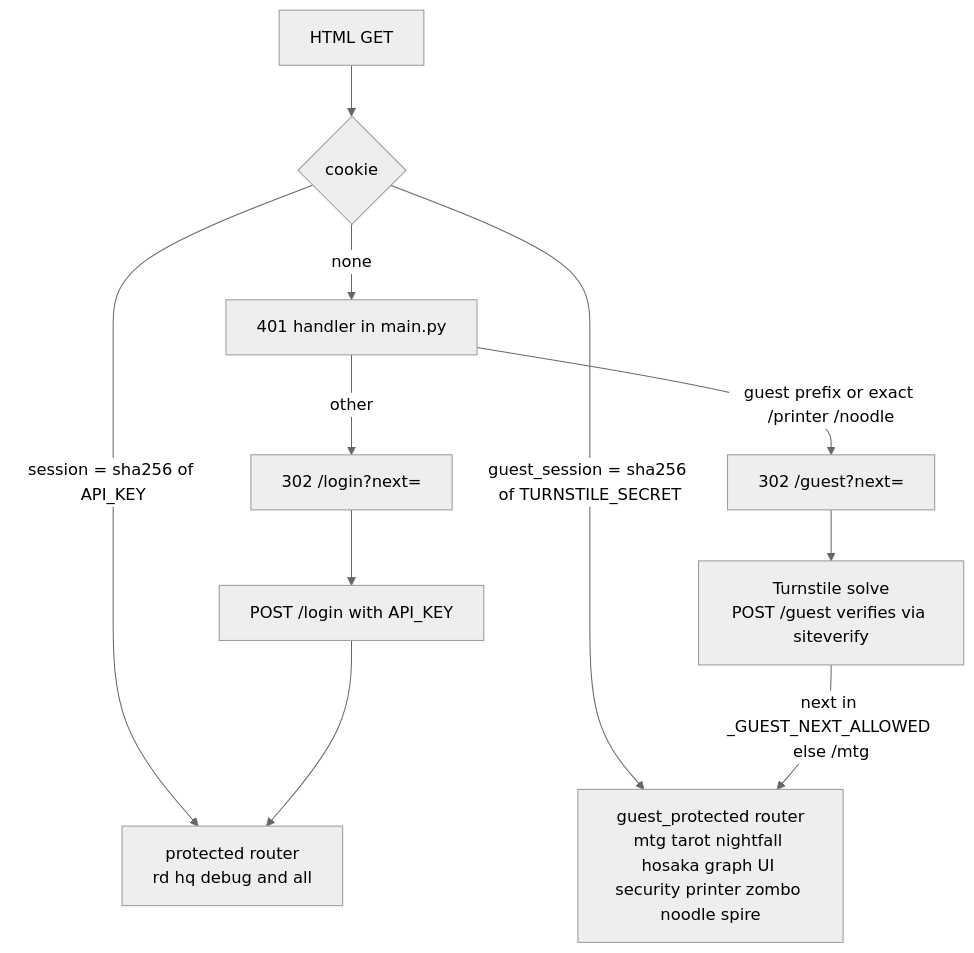
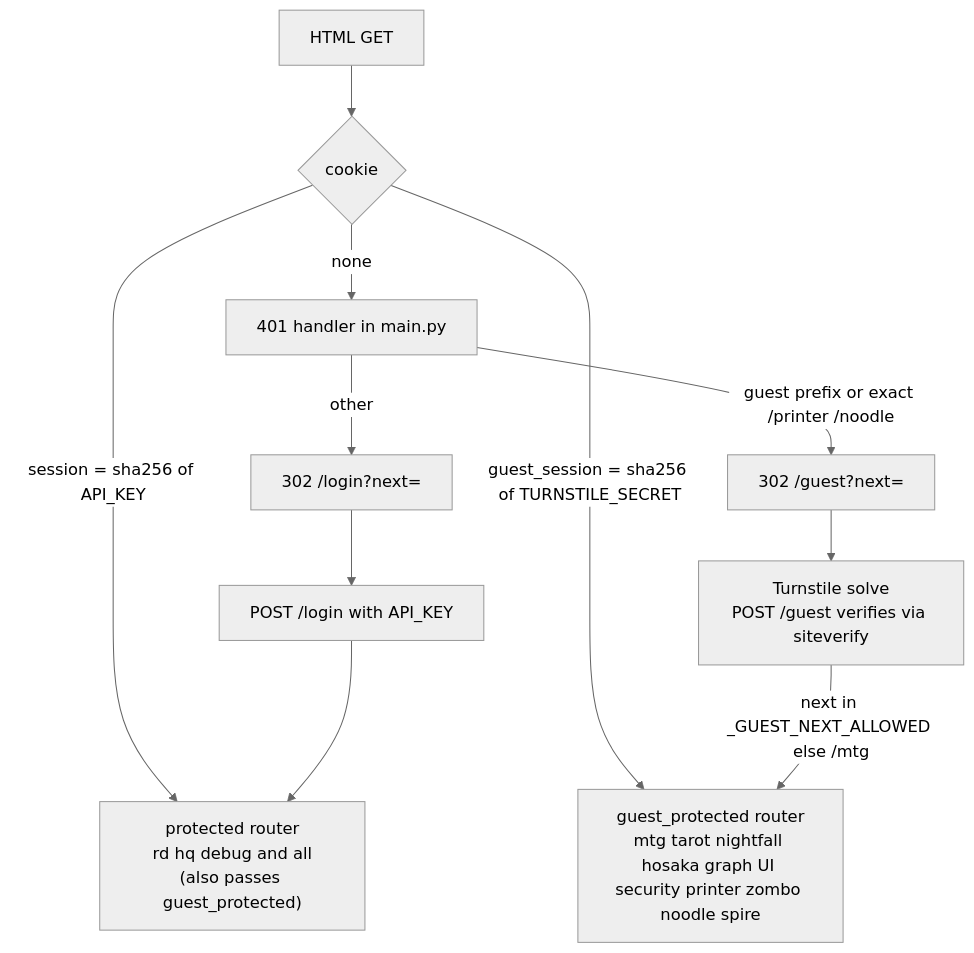
The diagram in docs/arch/20-auth-tiers.mmd (wai-lau/exec-fn), drawn with Mermaid (neutral theme) before and after one commit. The commit also changed 42 other files, not shown here.

```diff
--- a/docs/arch/20-auth-tiers.mmd
+++ b/docs/arch/20-auth-tiers.mmd
@@ -1,10 +1,10 @@
 flowchart TB
   req["HTML GET"] --> ck{"cookie"}
-  ck -->|"session = sha256 of API_KEY"| full["protected router<br/>rd hq debug and all"]
+  ck -->|"session = sha256 of API_KEY"| full["protected router<br/>rd hq debug and all<br/>(also passes guest_protected)"]
   ck -->|"guest_session = sha256 of TURNSTILE_SECRET"| guest["guest_protected router<br/>mtg tarot nightfall hosaka graph UI security printer zombo noodle spire"]
   ck -->|"none"| h401["401 handler in main.py"]
   h401 -->|"guest prefix or exact /printer /noodle"| g["302 /guest?next="]
   h401 -->|"other"| l["302 /login?next="]
   g --> ts["Turnstile solve<br/>POST /guest verifies via siteverify"]
   ts -->|"next in _GUEST_NEXT_ALLOWED else /mtg"| guest
   l --> pw["POST /login with API_KEY"] --> full
```
